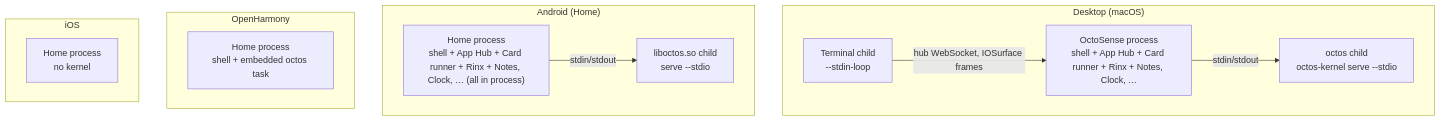
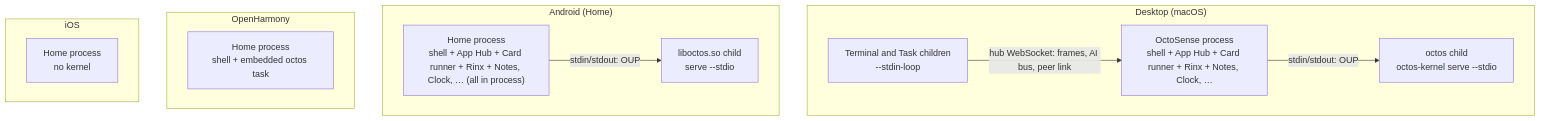
Before and after one commit to OctoSense-org/OctoSense: the second of 5 diagrams in docs/architecture.md, drawn with Mermaid. The commit also changed other lines of this file and 12 other files, not shown here.

````diff
--- a/docs/architecture.md
+++ b/docs/architecture.md
@@ -149,21 +123,21 @@
 ```mermaid
 flowchart TB
   subgraph desktop["Desktop (macOS)"]
     ds["OctoSense process<br/>shell + App Hub + Card runner + Rinx + Notes, Clock, …"]
     dk["octos child<br/>octos-kernel serve --stdio"]
-    dt["Terminal child<br/>--stdin-loop"]
-    ds -- "stdin/stdout" --> dk
-    dt -- "hub WebSocket, IOSurface frames" --> ds
+    dt["Terminal and Task children<br/>--stdin-loop"]
+    ds -- "stdin/stdout: OUP" --> dk
+    dt -- "hub WebSocket: frames, AI bus, peer link" --> ds
   end
   subgraph android["Android (Home)"]
     as["Home process<br/>shell + App Hub + Card runner + Rinx + Notes, Clock, … (all in process)"]
     ak["liboctos.so child<br/>serve --stdio"]
-    as -- "stdin/stdout" --> ak
+    as -- "stdin/stdout: OUP" --> ak
   end
   subgraph ohos["OpenHarmony"]
     os["Home process<br/>shell + embedded octos task"]
   end
   subgraph ios["iOS"]
     is["Home process<br/>no kernel"]
   end
 ```
````
